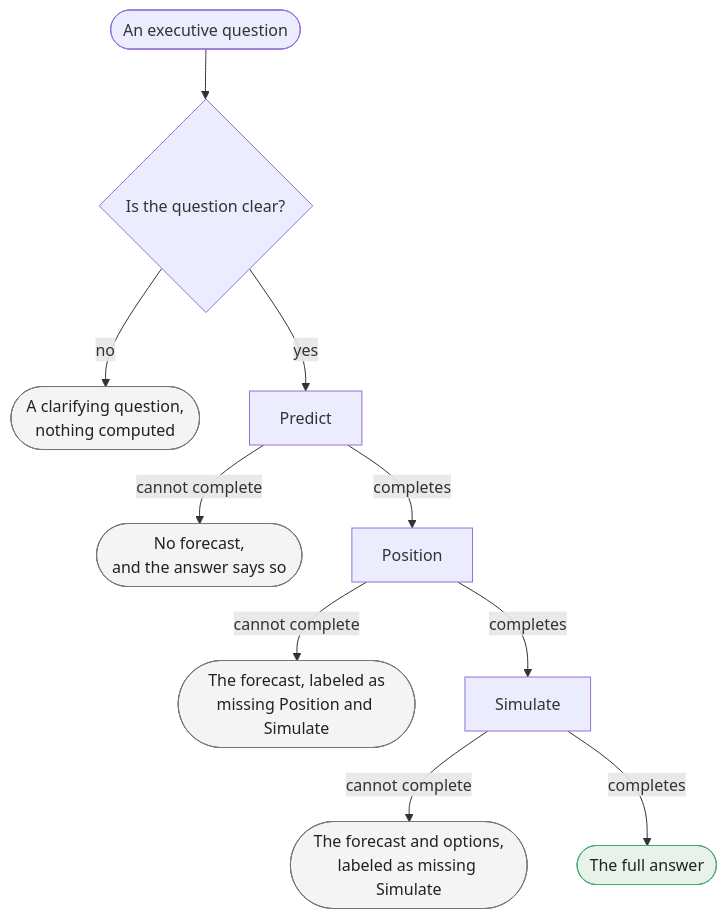
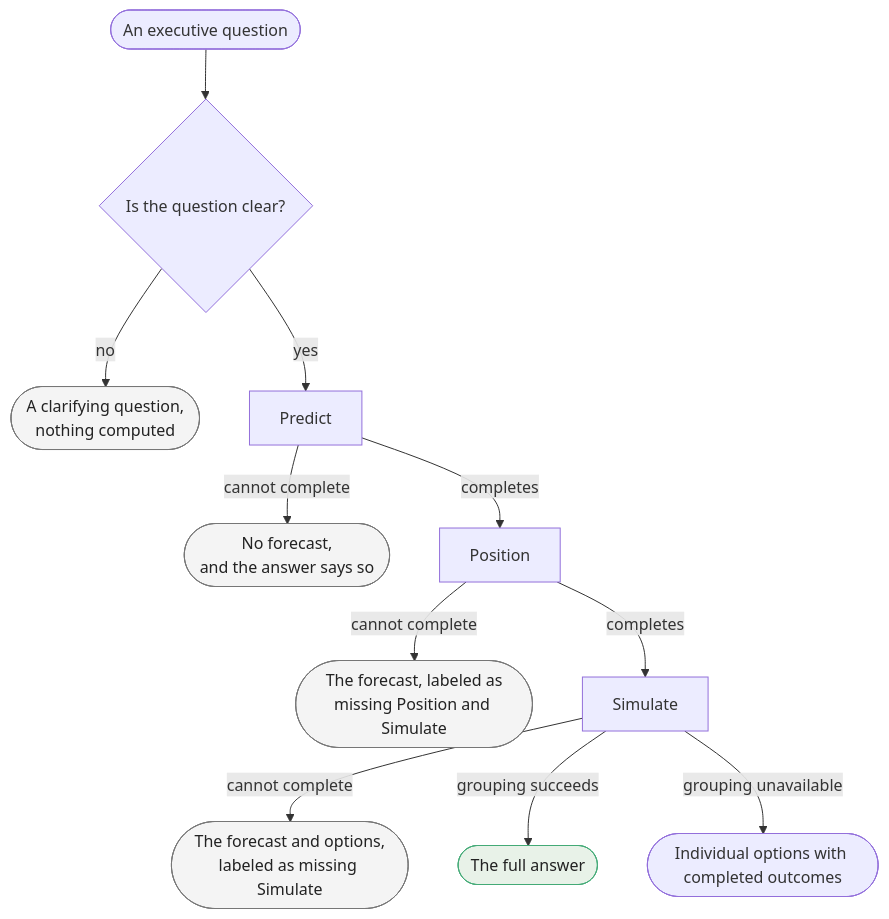
The fourth of 4 diagrams in specs/application/product/architecture.md (billy-atkins/price-horizon), drawn with Mermaid before and after one commit. The commit also changed other lines of this file and 13 other files, not shown here.

````diff
--- a/specs/application/product/architecture.md
+++ b/specs/application/product/architecture.md
@@ -203,21 +203,22 @@
 ```mermaid
 ---
 config:
   layout: dagre
 ---
 flowchart TD
     Q(["An executive question"]) --> R{"Is the question clear?"}
     R -->|"no"| CL(["A clarifying question,<br/>nothing computed"])
     R -->|"yes"| P["Predict"]
     P -->|"cannot complete"| NF(["No forecast,<br/>and the answer says so"])
     P -->|"completes"| POS["Position"]
     POS -->|"cannot complete"| NP(["The forecast, labeled as<br/>missing Position and Simulate"])
     POS -->|"completes"| SIM["Simulate"]
     SIM -->|"cannot complete"| NS(["The forecast and options,<br/>labeled as missing Simulate"])
-    SIM -->|"completes"| FULL(["The full answer"])
+    SIM -->|"grouping succeeds"| FULL(["The full answer"])
+    SIM -->|"grouping unavailable"| IND(["Individual options with completed outcomes"])
 
     classDef stop fill:#f4f4f4,stroke:#777,color:#222
     classDef done fill:#e8f2e8,stroke:#4a7,color:#222
     class CL,NF,NP,NS stop
     class FULL done
 ```
````
